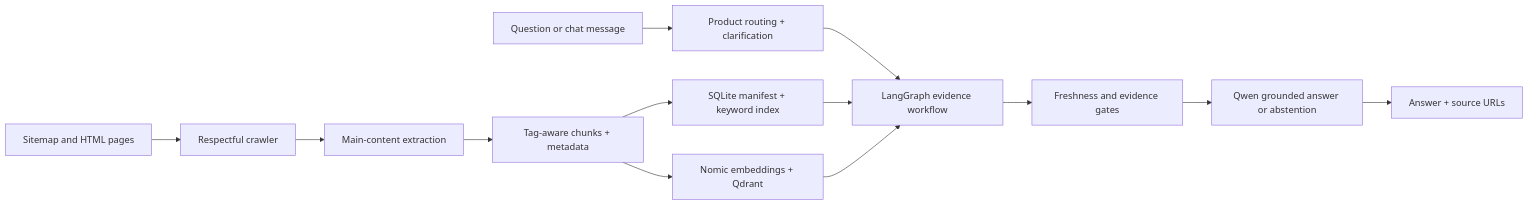
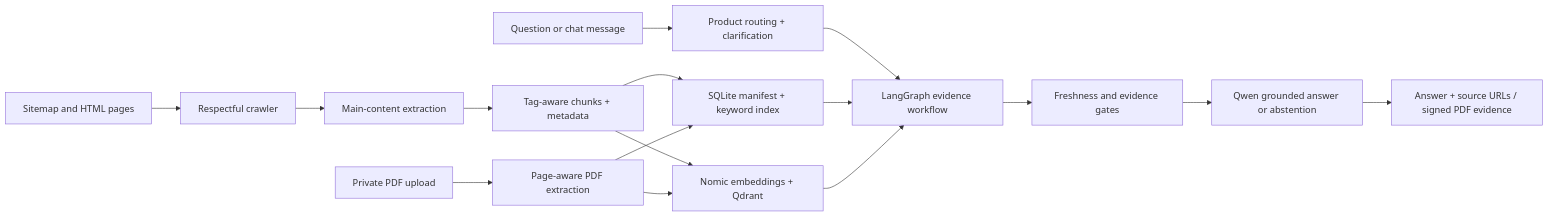
Before and after one commit to tarunkumaryadav-ai/evidence-first-insurance-rag: the diagram in README.md, drawn with Mermaid. The commit also changed other lines of this file and 15 other files, not shown here.

Commit message:
Add secure PDF evidence uploads and page citations

````diff
--- a/README.md
+++ b/README.md
@@ -45,15 +46,18 @@
 ```mermaid
 flowchart LR
     A["Sitemap and HTML pages"] --> B["Respectful crawler"]
+    P["Private PDF upload"] --> Q["Page-aware PDF extraction"]
     B --> C["Main-content extraction"]
     C --> D["Tag-aware chunks + metadata"]
     D --> E["SQLite manifest + keyword index"]
     D --> F["Nomic embeddings + Qdrant"]
+    Q --> E
+    Q --> F
     G["Question or chat message"] --> H["Product routing + clarification"]
     H --> I["LangGraph evidence workflow"]
     E --> I
     F --> I
     I --> J["Freshness and evidence gates"]
     J --> K["Qwen grounded answer or abstention"]
-    K --> L["Answer + source URLs"]
+    K --> L["Answer + source URLs / signed PDF evidence"]
 ```
````
